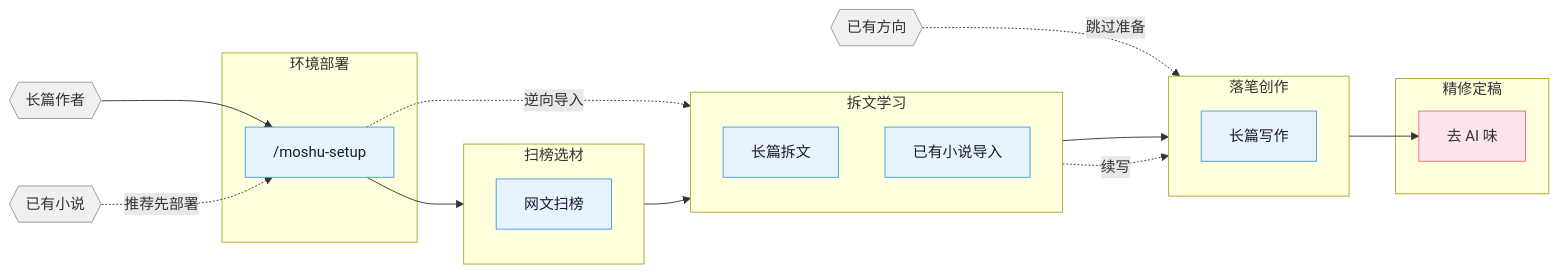
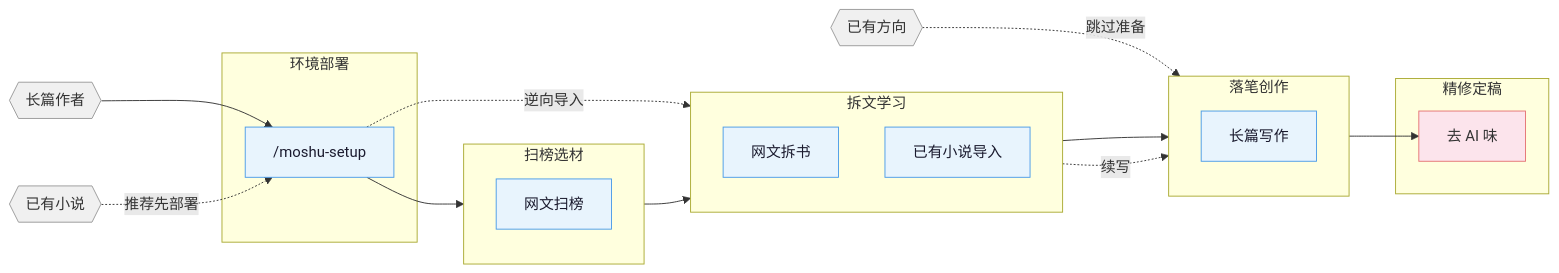
One commit to Chained1001/mo-shu changed the diagram in README.md. Above: the diagram before and after it, drawn with Mermaid. The commit also changed other lines of this file and 8 other files, not shown here.

Commit message:
refactor: analyze 触发词收缩（v4 模式）——触发词 9→2（/moshu-analyze、「网文拆书」，模糊词归 moshu 路由表）；长篇修饰清理（SKILL/deconstruction-notes/README 双语/路由表/意图行/import 顺带「长篇拆文库结构」→「拆文库结构」）；CLAUDE.md.tmpl 同步 + 指纹 --re-register-fingerprint 合法重登记 + v14 闭环注记

````diff
--- a/README.md
+++ b/README.md
@@ -23,44 +23,44 @@
 ```mermaid
 flowchart LR
     classDef entry fill:#f0f0f0,color:#333,stroke:#999,stroke-width:1px
     classDef phase fill:#e8f4fd,color:#1a1a2e,stroke:#4a9be8,stroke-width:1px
     classDef final fill:#fce4ec,color:#333,stroke:#e57373,stroke-width:1px
 
     entry_l{{"长篇作者"}}:::entry
     entry_r{{"已有方向"}}:::entry
     entry_i{{"已有小说"}}:::entry
 
     subgraph S0 ["  环境部署"]
         setup["/moshu-setup"]:::phase
     end
 
     subgraph S1 ["  扫榜选材"]
         direction TB
         scan_l["网文扫榜"]:::phase
     end
 
     subgraph S2 ["  拆文学习"]
         direction TB
-        analyze_l["长篇拆文"]:::phase
+        analyze_l["网文拆书"]:::phase
         import_l["已有小说导入"]:::phase
     end
 
     subgraph S3 ["  落笔创作"]
         direction TB
         write_l["长篇写作"]:::phase
     end
 
     subgraph S4 ["  精修定稿"]
         deslop["去 AI 味"]:::final
     end
 
     entry_l --> setup
     setup --> scan_l
     scan_l --> analyze_l
     analyze_l --> write_l
     entry_r -.->|跳过准备| write_l
     entry_i -.->|推荐先部署| setup
     setup -.->|逆向导入| import_l
     import_l -.->|续写| write_l
     write_l --> deslop
 ```
````
